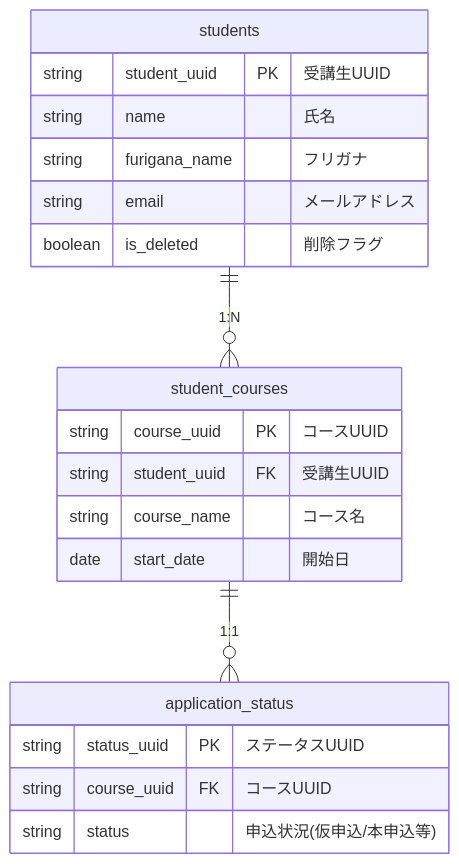
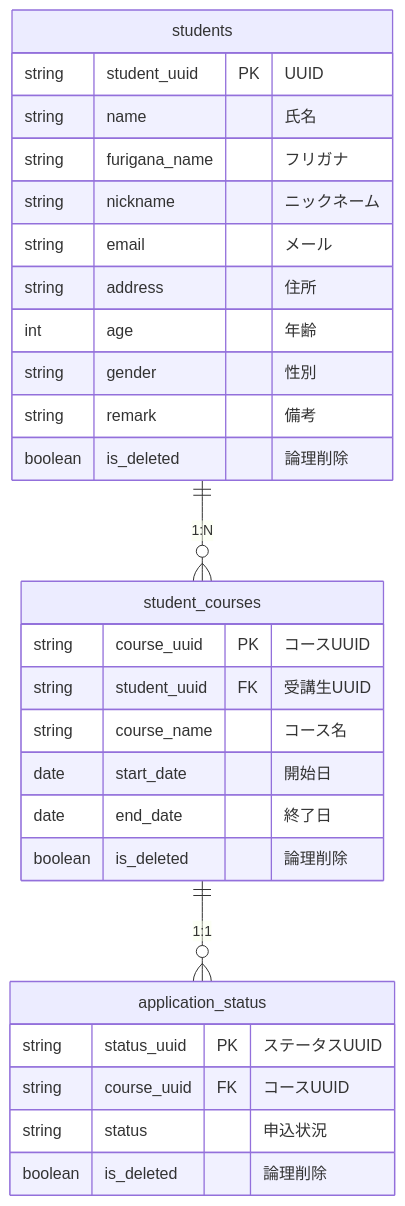
One commit to Shin-Matsumoto555/StudentManagement changed the second of 2 diagrams in README.md. Above: the diagram before and after it, drawn with Mermaid. The commit also changed other lines of this file, not shown here.

Commit message:
Revise API documentation and student model fields
Updated API documentation description and improved student model attributes.

````diff
--- a/README.md
+++ b/README.md
@@ -102,23 +102,31 @@
 ```mermaid
 erDiagram
     students ||--o{ student_courses : "1:N"
     student_courses ||--o{ application_status : "1:1"
     students {
-        string student_uuid PK "受講生UUID"
+        string student_uuid PK "UUID"
         string name "氏名"
         string furigana_name "フリガナ"
-        string email "メールアドレス"
-        boolean is_deleted "削除フラグ"
+        string nickname "ニックネーム"
+        string email "メール"
+        string address "住所"
+        int age "年齢"
+        string gender "性別"
+        string remark "備考"
+        boolean is_deleted "論理削除"
     }
     student_courses {
         string course_uuid PK "コースUUID"
         string student_uuid FK "受講生UUID"
         string course_name "コース名"
         date start_date "開始日"
+        date end_date "終了日"
+        boolean is_deleted "論理削除"
     }
     application_status {
         string status_uuid PK "ステータスUUID"
         string course_uuid FK "コースUUID"
-        string status "申込状況(仮申込/本申込等)"
+        string status "申込状況"
+        boolean is_deleted "論理削除"
     }
 ```
````
